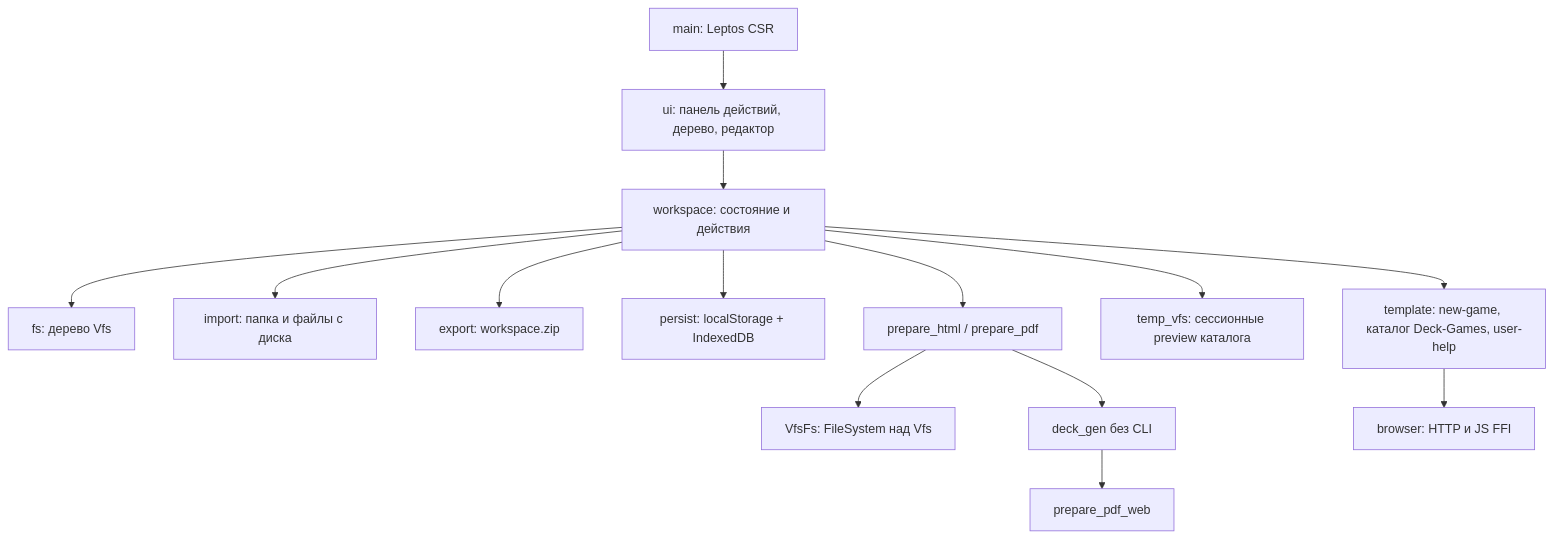
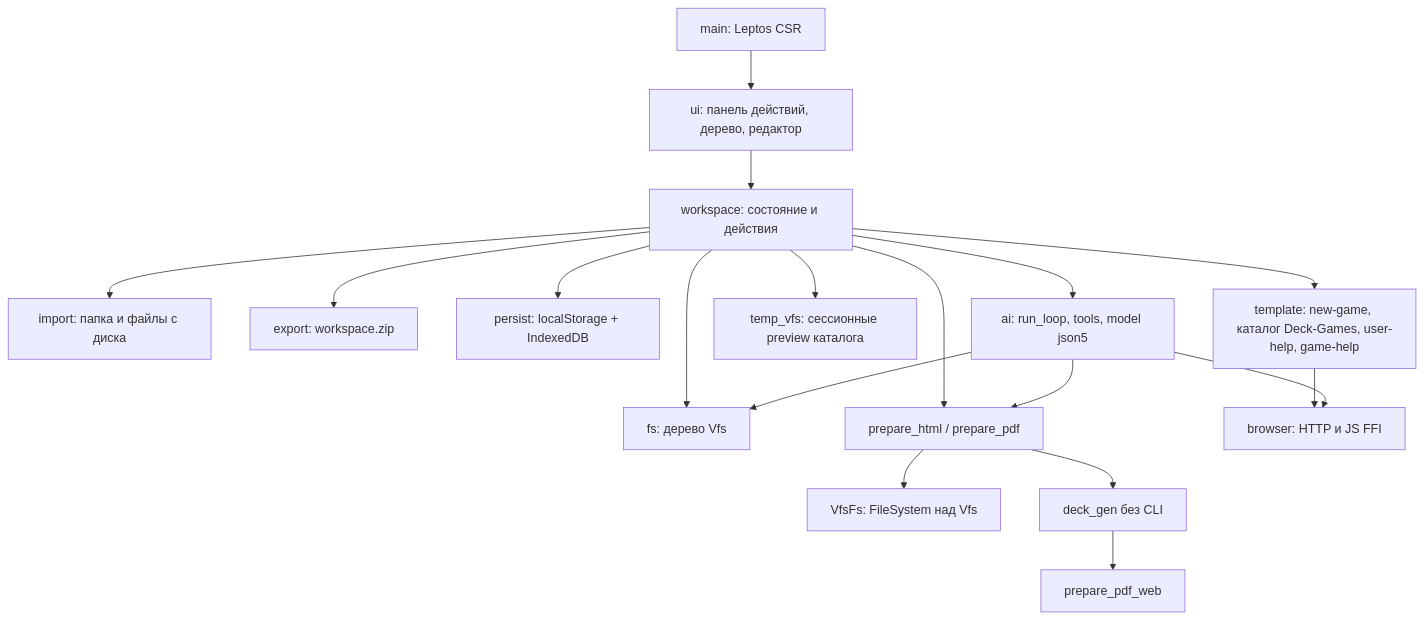
Before and after one commit to AlexeyPerestoronin/Game-deck-generator: the diagram in Projects/deck_gen_wasm/arch.mermaid, drawn with Mermaid. The commit also changed 43 other files, not shown here.

```diff
--- a/Projects/deck_gen_wasm/arch.mermaid
+++ b/Projects/deck_gen_wasm/arch.mermaid
@@ -1,14 +1,18 @@
 flowchart TB
   MAIN["main: Leptos CSR"] --> UI["ui: панель действий, дерево, редактор"]
   UI --> WS["workspace: состояние и действия"]
   WS --> VFS["fs: дерево Vfs"]
   WS --> IMP["import: папка и файлы с диска"]
   WS --> EXP["export: workspace.zip"]
   WS --> PER["persist: localStorage + IndexedDB"]
-  WS --> TPL["template: new-game, каталог Deck-Games, user-help"]
+  WS --> TPL["template: new-game, каталог Deck-Games, user-help, game-help"]
   WS --> TEMP["temp_vfs: сессионные preview каталога"]
   WS --> PREP["prepare_html / prepare_pdf"]
+  WS --> AI["ai: run_loop, tools, model json5"]
   PREP --> VFSFS["VfsFs: FileSystem над Vfs"]
   PREP --> DG["deck_gen без CLI"]
   DG --> WEB["prepare_pdf_web"]
   TPL --> BR["browser: HTTP и JS FFI"]
+  AI --> BR
+  AI --> VFS
+  AI --> PREP
```
